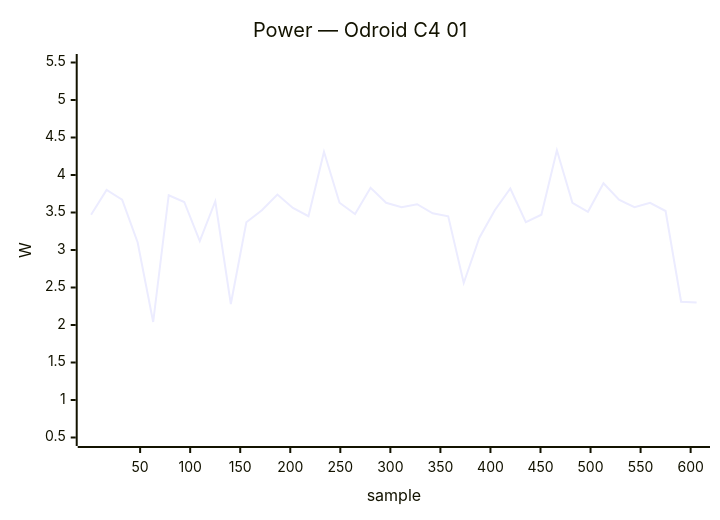
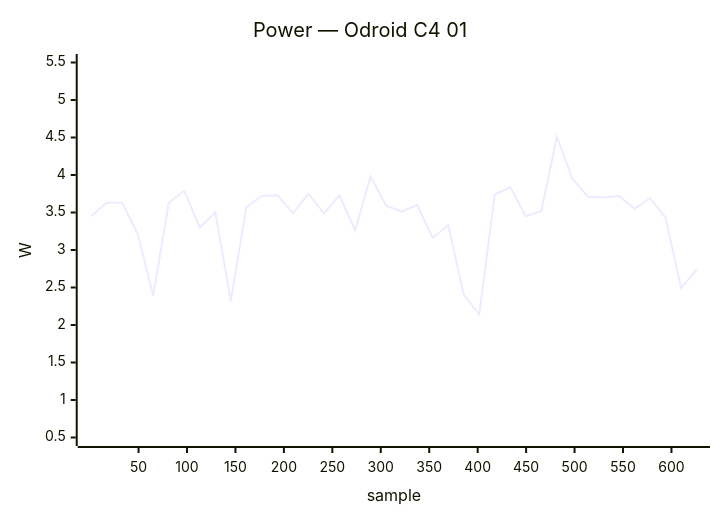
One commit to armbian/documentation changed diagram 24 of 38 in docs/status/board-tests.md. Above: the diagram before and after it, drawn with Mermaid. The commit also changed other lines of this file, not shown here.

````diff
--- a/docs/status/board-tests.md
+++ b/docs/status/board-tests.md
@@ -1170,7 +1196,7 @@
 ```mermaid
 xychart-beta
     title "Power — Odroid C4 01"
-    x-axis "sample" 1 --> 606
+    x-axis "sample" 1 --> 626
     y-axis "W" 0.5 --> 5.5
-    line [3.47, 3.80, 3.67, 3.10, 2.04, 3.73, 3.64, 3.12, 3.65, 2.28, 3.37, 3.53, 3.74, 3.56, 3.45, 4.31, 3.63, 3.48, 3.83, 3.63, 3.57, 3.61, 3.49, 3.45, 2.56, 3.16, 3.53, 3.82, 3.37, 3.47, 4.33, 3.63, 3.51, 3.89, 3.67, 3.57, 3.63, 3.52, 2.31, 2.30]
+    line [3.45, 3.63, 3.63, 3.22, 2.39, 3.63, 3.79, 3.30, 3.50, 2.32, 3.57, 3.72, 3.73, 3.49, 3.75, 3.49, 3.73, 3.26, 3.98, 3.59, 3.51, 3.60, 3.16, 3.33, 2.41, 2.14, 3.74, 3.84, 3.45, 3.52, 4.51, 3.95, 3.71, 3.70, 3.72, 3.55, 3.69, 3.43, 2.49, 2.74]
 ```
````
